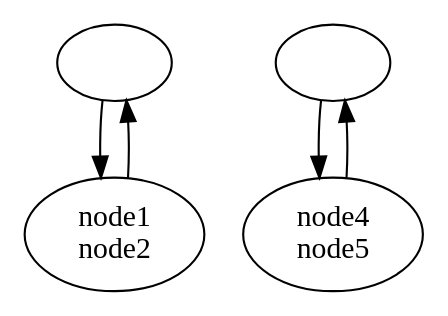
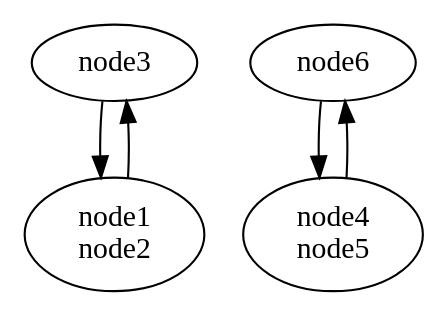
Before and after one commit to GSI-CS-CO/bel_projects: the diagram in modules/ftm/doc/ReplaceChainByVertex/cycle2x3-compact.dot, drawn with Graphviz. The commit also changed 4 other files, not shown here.

```diff
--- a/modules/ftm/doc/ReplaceChainByVertex/cycle2x3-compact.dot
+++ b/modules/ftm/doc/ReplaceChainByVertex/cycle2x3-compact.dot
@@ -1,18 +1,18 @@
 digraph G {
 graph [
 _draw_=""
 bb=""
 name="cycle2x3-compact"
 xdotversion=""
 ]
-0 [_draw_="", _hdraw_="", _ldraw_="", beamin="", beamproc="", bpcstart="", bpentry="", bpexit="", bpid="", clear="", dst="", evtno="", fid="", gid="", height="", id="", label="", ovr="", par="", patentry="", patexit="", pattern="", pos="", prio="", qhi="", qil="", qlo="", reps="", reqnobeam="", res="", sid="", tabs="", target="", tef="", toffs="", tperiod="", tvalid="", twait="", type="", vacc="", wabs="", width=""];
-1 [_draw_="", _hdraw_="", _ldraw_="", beamin="", beamproc="", bpcstart="", bpentry="", bpexit="", bpid="", clear="", dst="", evtno="", fid="", gid="", height="", id="", label="", ovr="", par="", patentry="", patexit="", pattern="", pos="", prio="", qhi="", qil="", qlo="", reps="", reqnobeam="", res="", sid="", tabs="", target="", tef="", toffs="", tperiod="", tvalid="", twait="", type="", vacc="", wabs="", width=""];
-2 [_draw_="", _hdraw_="", _ldraw_="", beamin="", beamproc="", bpcstart="", bpentry="", bpexit="", bpid="", clear="", dst="", evtno="", fid="", gid="", height="", id="", label="node1
-node2", ovr="", par="", patentry="", patexit="", pattern="", pos="", prio="", qhi="", qil="", qlo="", reps="", reqnobeam="", res="", sid="", tabs="", target="", tef="", toffs="", tperiod="", tvalid="", twait="", type="", vacc="", wabs="", width=""];
-3 [_draw_="", _hdraw_="", _ldraw_="", beamin="", beamproc="", bpcstart="", bpentry="", bpexit="", bpid="", clear="", dst="", evtno="", fid="", gid="", height="", id="", label="node4
-node5", ovr="", par="", patentry="", patexit="", pattern="", pos="", prio="", qhi="", qil="", qlo="", reps="", reqnobeam="", res="", sid="", tabs="", target="", tef="", toffs="", tperiod="", tvalid="", twait="", type="", vacc="", wabs="", width=""];
-0->2  [_draw_="", _hdraw_="", pos="", type=""];
-2->0  [_draw_="", _hdraw_="", pos="", type=""];
-1->3  [_draw_="", _hdraw_="", pos="", type=""];
-3->1  [_draw_="", _hdraw_="", pos="", type=""];
+0 [_draw_="", _hdraw_="", _ldraw_="", beamin="", beamproc="", bpcstart="", bpentry="", bpexit="", bpid="", clear="", color="", dst="", evtno="", fid="", fillcolor="", gid="", height="", id="", label=node3, ovr="", par="", patentry="", patexit="", pattern="", penwidth="", pos="", prio="", qhi="", qil="", qlo="", reps="", reqnobeam="", res="", shape="", sid="", style="", tabs="", target="", tef="", toffs="", tperiod="", tvalid="", twait="", type="", vacc="", wabs="", width=""];
+1 [_draw_="", _hdraw_="", _ldraw_="", beamin="", beamproc="", bpcstart="", bpentry="", bpexit="", bpid="", clear="", color="", dst="", evtno="", fid="", fillcolor="", gid="", height="", id="", label=node6, ovr="", par="", patentry="", patexit="", pattern="", penwidth="", pos="", prio="", qhi="", qil="", qlo="", reps="", reqnobeam="", res="", shape="", sid="", style="", tabs="", target="", tef="", toffs="", tperiod="", tvalid="", twait="", type="", vacc="", wabs="", width=""];
+2 [_draw_="", _hdraw_="", _ldraw_="", beamin="", beamproc="", bpcstart="", bpentry="", bpexit="", bpid="", clear="", color="", dst="", evtno="", fid="", fillcolor="", gid="", height="", id="", label="node1
+node2", ovr="", par="", patentry="", patexit="", pattern="", penwidth="", pos="", prio="", qhi="", qil="", qlo="", reps="", reqnobeam="", res="", shape="", sid="", style="", tabs="", target="", tef="", toffs="", tperiod="", tvalid="", twait="", type="", vacc="", wabs="", width=""];
+3 [_draw_="", _hdraw_="", _ldraw_="", beamin="", beamproc="", bpcstart="", bpentry="", bpexit="", bpid="", clear="", color="", dst="", evtno="", fid="", fillcolor="", gid="", height="", id="", label="node4
+node5", ovr="", par="", patentry="", patexit="", pattern="", penwidth="", pos="", prio="", qhi="", qil="", qlo="", reps="", reqnobeam="", res="", shape="", sid="", style="", tabs="", target="", tef="", toffs="", tperiod="", tvalid="", twait="", type="", vacc="", wabs="", width=""];
+0->2  [_draw_="", _hdraw_="", color="", pos="", type=""];
+2->0  [_draw_="", _hdraw_="", color="", pos="", type=""];
+1->3  [_draw_="", _hdraw_="", color="", pos="", type=""];
+3->1  [_draw_="", _hdraw_="", color="", pos="", type=""];
 }
```
